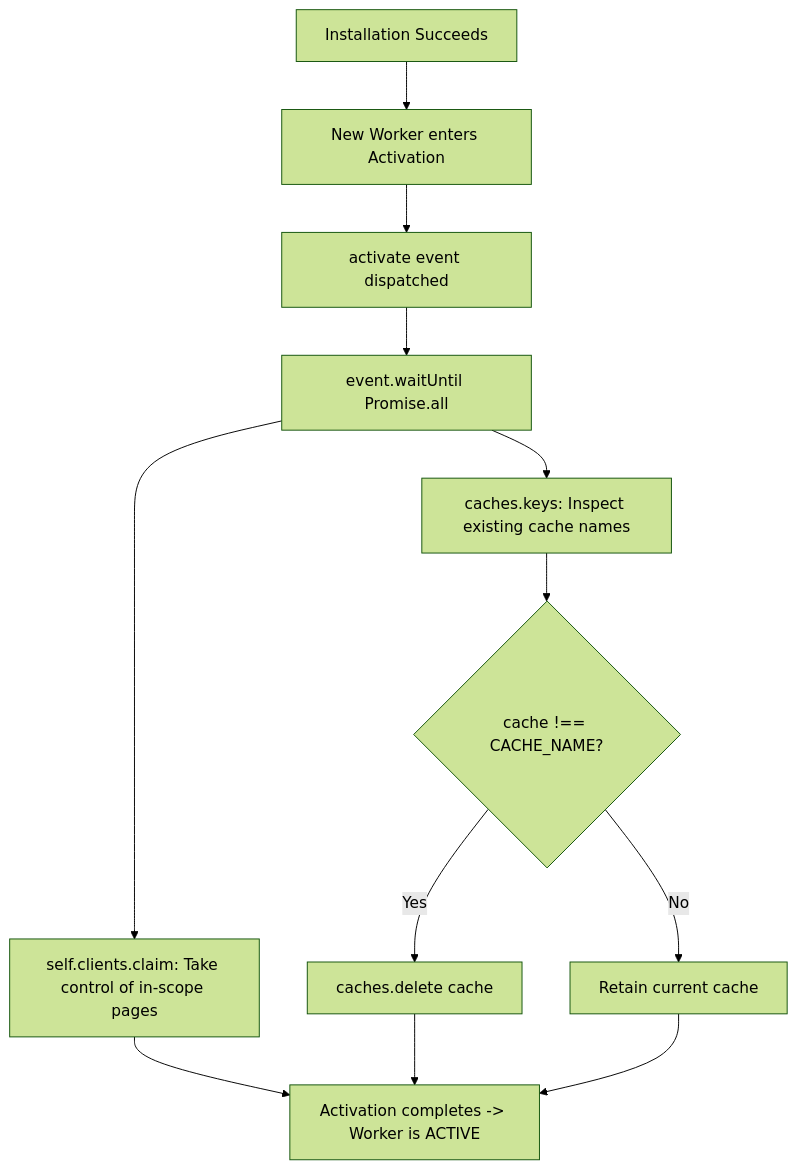
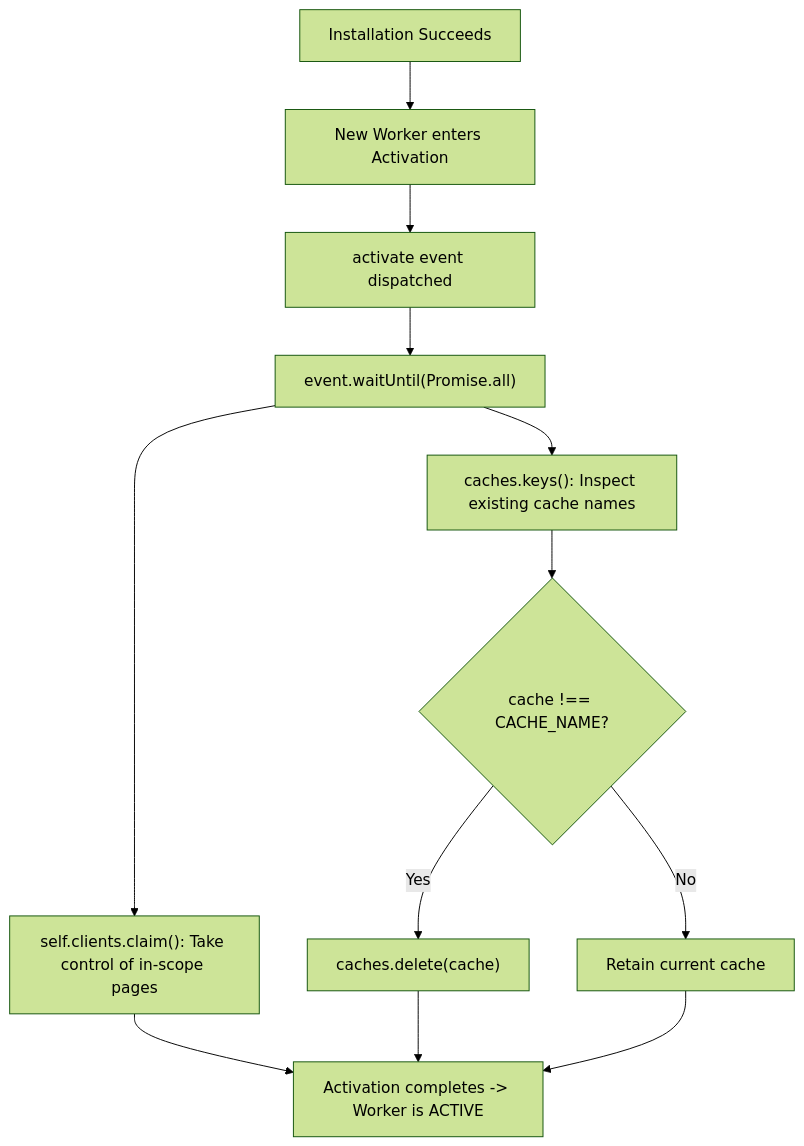
Before and after one commit to Sandipxg/MyJournalApp: the third of 4 diagrams in Notes/Pwa_4-core_process.md, drawn with Mermaid (forest theme). The commit also changed other lines of this file, not shown here.

Commit message:
fix(docs): quote mermaid node labels in pwa core process

````diff
--- a/Notes/Pwa_4-core_process.md
+++ b/Notes/Pwa_4-core_process.md
@@ -228,12 +228,12 @@
 ```mermaid
 flowchart TD
-    A[Installation Succeeds] --> B[New Worker enters Activation]
-    B --> C[activate event dispatched]
-    C --> D[event.waitUntil Promise.all]
-    D --> E[self.clients.claim: Take control of in-scope pages]
-    D --> F[caches.keys: Inspect existing cache names]
-    F --> G{cache !== CACHE_NAME?}
-    G -->|Yes| H[caches.delete cache]
-    G -->|No| I[Retain current cache]
-    E & H & I --> J[Activation completes -> Worker is ACTIVE]
+    A["Installation Succeeds"] --> B["New Worker enters Activation"]
+    B --> C["activate event dispatched"]
+    C --> D["event.waitUntil(Promise.all)"]
+    D --> E["self.clients.claim(): Take control of in-scope pages"]
+    D --> F["caches.keys(): Inspect existing cache names"]
+    F --> G{"cache !== CACHE_NAME?"}
+    G -->|Yes| H["caches.delete(cache)"]
+    G -->|No| I["Retain current cache"]
+    E & H & I --> J["Activation completes -> Worker is ACTIVE"]
 ```
````
